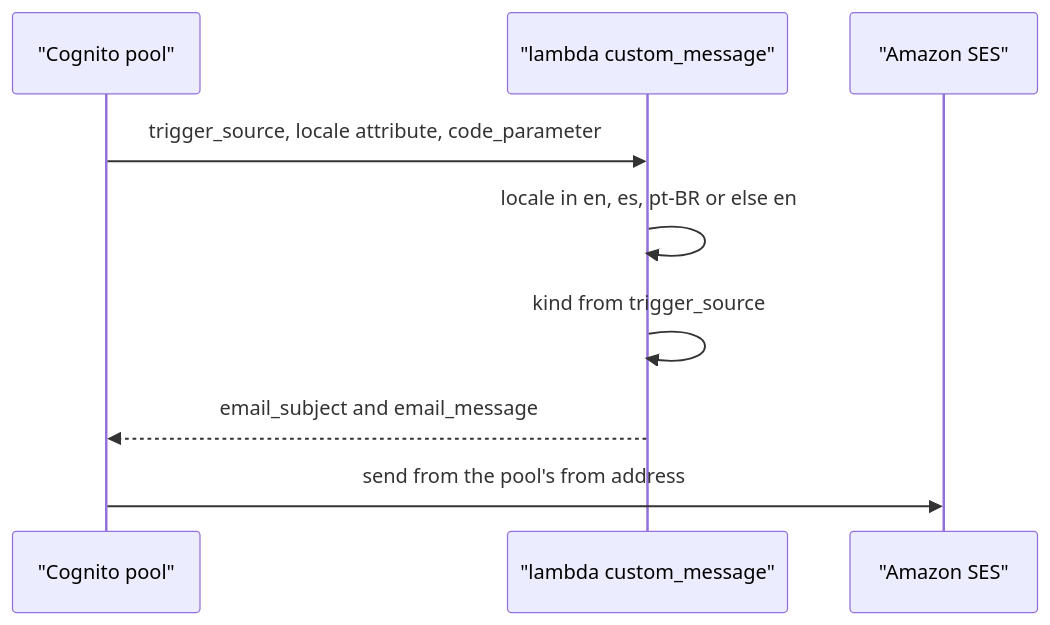
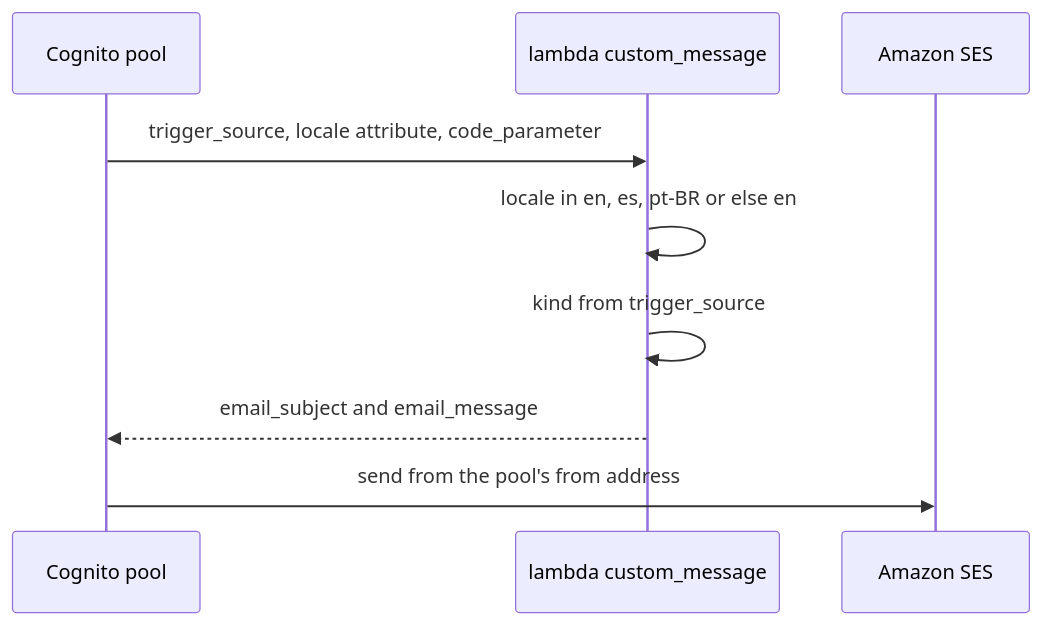
The second of 7 diagrams in docs/modules/identity/flows.md (Team-ACGS/factored-hackathon-2026-acgs), drawn with Mermaid before and after one commit. The commit also changed other lines of this file and 6 other files, not shown here.

Commit message:
docs(assistant,cases,data,identity,messaging): reviewer findings on flows and readme, round 2

````diff
--- a/docs/modules/identity/flows.md
+++ b/docs/modules/identity/flows.md
@@ -55,12 +55,12 @@
 ```mermaid
 sequenceDiagram
-    participant Cog as "Cognito pool"
-    participant CM as "lambda custom_message"
-    participant SES as "Amazon SES"
+    participant Cog as Cognito pool
+    participant CM as lambda custom_message
+    participant SES as Amazon SES
 
     Cog->>CM: trigger_source, locale attribute, code_parameter
     CM->>CM: locale in en, es, pt-BR or else en
     CM->>CM: kind from trigger_source
     CM-->>Cog: email_subject and email_message
     Cog->>SES: send from the pool's from address
 ```
````
